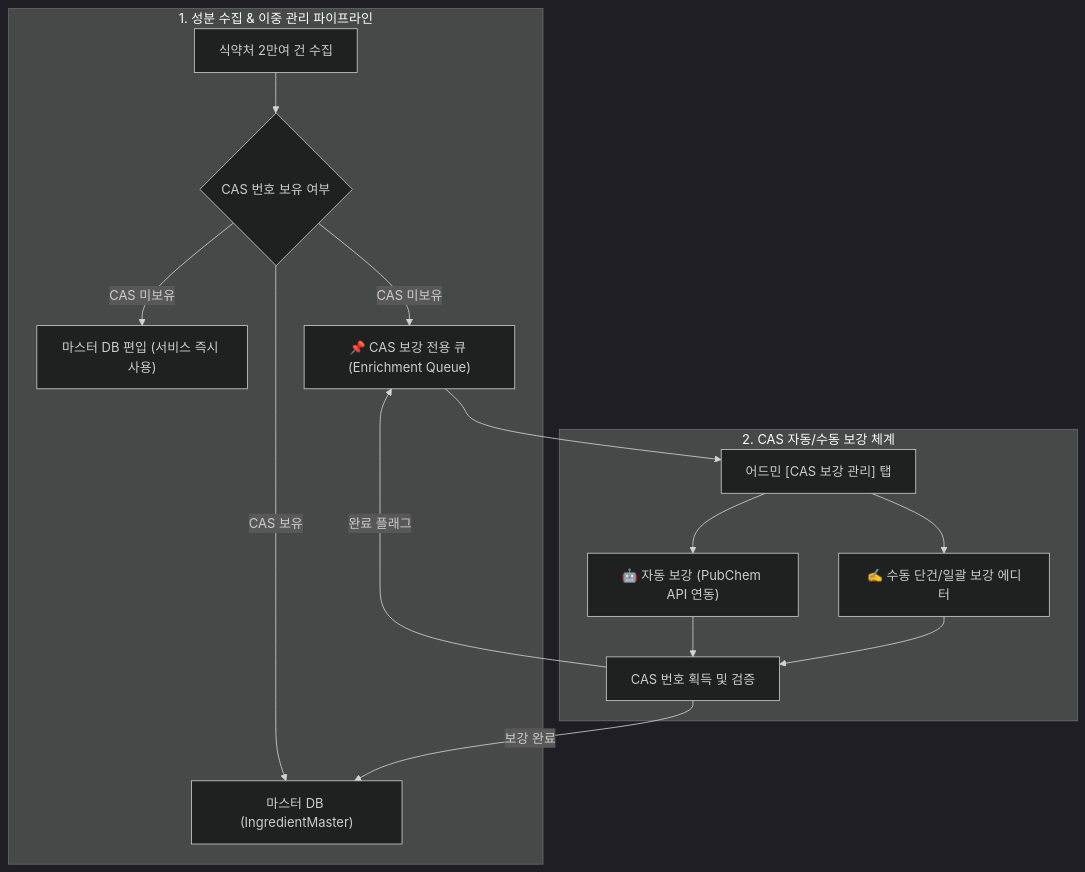
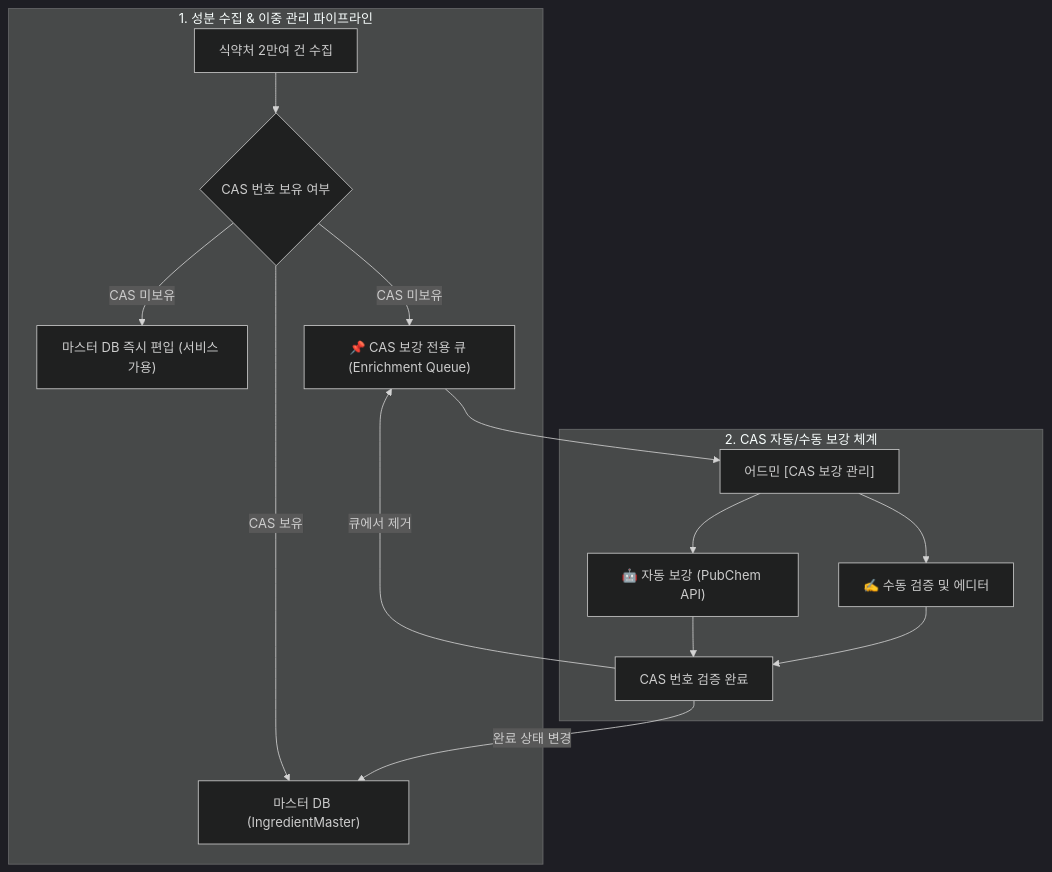
Before and after one commit to daniel-dataflow/daniel-dataflow.github.io: the diagram in content/posts/picksafe/2026-08-25-국내-천연성분-마스터편입-및-CAS보강-이중관리-계획서.md, drawn with Mermaid (dark theme). The commit also changed other lines of this file and 64 other files, not shown here.

````diff
--- a/content/posts/picksafe/2026-08-25-국내-천연성분-마스터편입-및-CAS보강-이중관리-계획서.md
+++ b/content/posts/picksafe/2026-08-25-국내-천연성분-마스터편입-및-CAS보강-이중관리-계획서.md
@@ -46,19 +48,19 @@
 ```mermaid
 flowchart TD
     subgraph Ingestion["1. 성분 수집 & 이중 관리 파이프라인"]
         A["식약처 2만여 건 수집"] --> B{"CAS 번호 보유 여부"}
         B -->|CAS 보유| C["마스터 DB (IngredientMaster)"]
-        B -->|CAS 미보유| D["마스터 DB 편입 (서비스 즉시 사용)"]
+        B -->|CAS 미보유| D["마스터 DB 즉시 편입 (서비스 가용)"]
         B -->|CAS 미보유| E["📌 CAS 보강 전용 큐 (Enrichment Queue)"]
     end
 
     subgraph Enrichment["2. CAS 자동/수동 보강 체계"]
-        E --> F["어드민 [CAS 보강 관리] 탭"]
-        F --> G["🤖 자동 보강 (PubChem API 연동)"]
-        F --> H["✍️ 수동 단건/일괄 보강 에디터"]
-        G --> I["CAS 번호 획득 및 검증"]
+        E --> F["어드민 [CAS 보강 관리]"]
+        F --> G["🤖 자동 보강 (PubChem API)"]
+        F --> H["✍️ 수동 검증 및 에디터"]
+        G --> I["CAS 번호 검증 완료"]
         H --> I
-        I -->|보강 완료| C
-        I -->|완료 플래그| E
+        I -->|완료 상태 변경| C
+        I -->|큐에서 제거| E
     end
 ```
````
